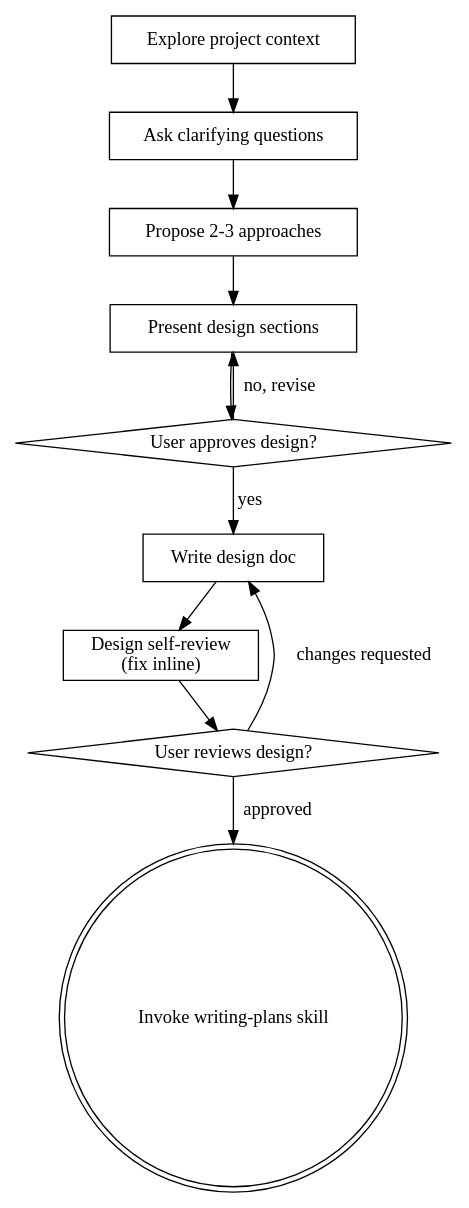
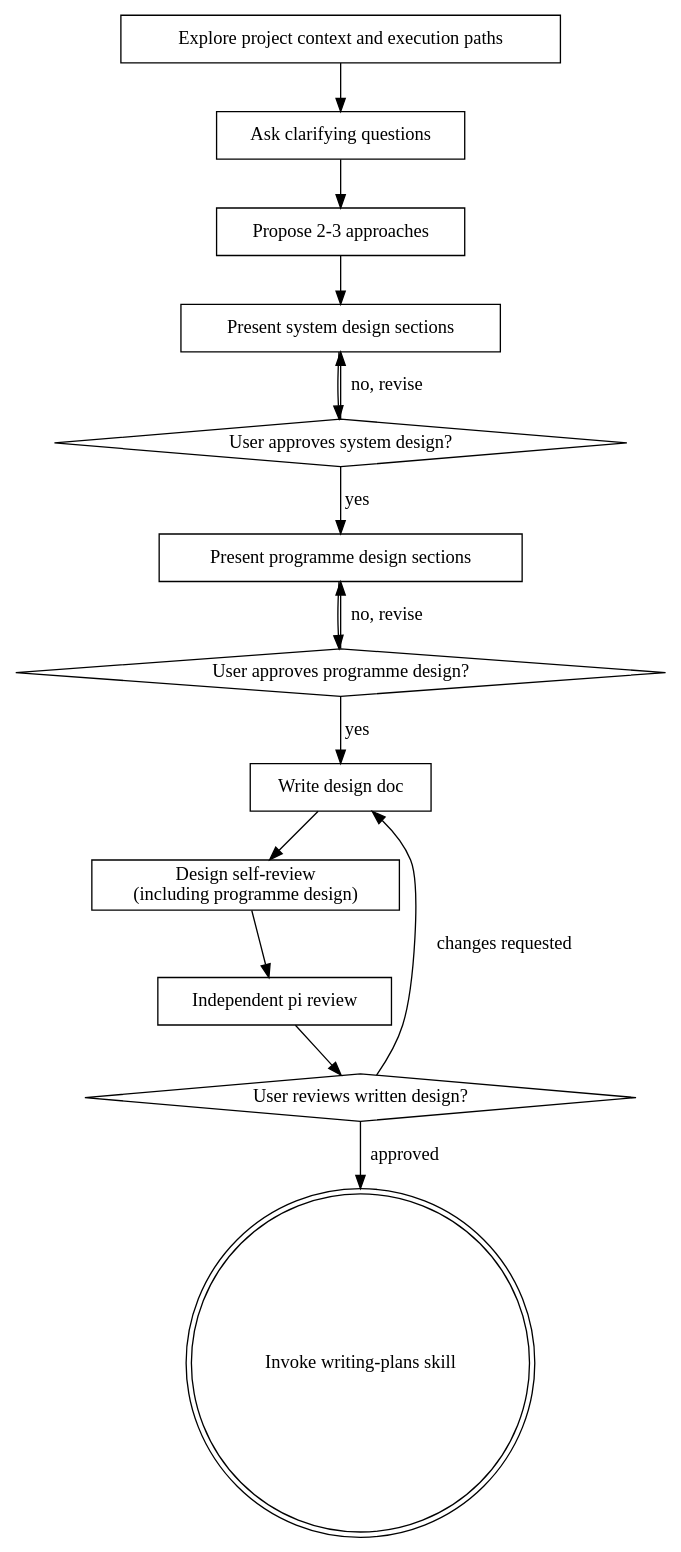
One commit to j10t-dev/1337-skills changed the diagram in skills/brainstorming/SKILL.md. Above: the diagram before and after it, drawn with Graphviz. The commit also changed other lines of this file and 1 other file, not shown here.

Commit message:
feat: require programme design in brainstorming

````diff
--- a/skills/brainstorming/SKILL.md
+++ b/skills/brainstorming/SKILL.md
@@ -39,24 +41,31 @@
 ```dot
 digraph brainstorming {
-    "Explore project context" [shape=box];
+    "Explore project context and execution paths" [shape=box];
     "Ask clarifying questions" [shape=box];
     "Propose 2-3 approaches" [shape=box];
-    "Present design sections" [shape=box];
-    "User approves design?" [shape=diamond];
+    "Present system design sections" [shape=box];
+    "User approves system design?" [shape=diamond];
+    "Present programme design sections" [shape=box];
+    "User approves programme design?" [shape=diamond];
     "Write design doc" [shape=box];
-    "Design self-review\n(fix inline)" [shape=box];
-    "User reviews design?" [shape=diamond];
+    "Design self-review\n(including programme design)" [shape=box];
+    "Independent pi review" [shape=box];
+    "User reviews written design?" [shape=diamond];
     "Invoke writing-plans skill" [shape=doublecircle];
 
-    "Explore project context" -> "Ask clarifying questions";
+    "Explore project context and execution paths" -> "Ask clarifying questions";
     "Ask clarifying questions" -> "Propose 2-3 approaches";
-    "Propose 2-3 approaches" -> "Present design sections";
-    "Present design sections" -> "User approves design?";
-    "User approves design?" -> "Present design sections" [label="no, revise"];
-    "User approves design?" -> "Write design doc" [label="yes"];
-    "Write design doc" -> "Design self-review\n(fix inline)";
-    "Design self-review\n(fix inline)" -> "User reviews design?";
-    "User reviews design?" -> "Write design doc" [label="changes requested"];
-    "User reviews design?" -> "Invoke writing-plans skill" [label="approved"];
+    "Propose 2-3 approaches" -> "Present system design sections";
+    "Present system design sections" -> "User approves system design?";
+    "User approves system design?" -> "Present system design sections" [label="no, revise"];
+    "User approves system design?" -> "Present programme design sections" [label="yes"];
+    "Present programme design sections" -> "User approves programme design?";
+    "User approves programme design?" -> "Present programme design sections" [label="no, revise"];
+    "User approves programme design?" -> "Write design doc" [label="yes"];
+    "Write design doc" -> "Design self-review\n(including programme design)";
+    "Design self-review\n(including programme design)" -> "Independent pi review";
+    "Independent pi review" -> "User reviews written design?";
+    "User reviews written design?" -> "Write design doc" [label="changes requested"];
+    "User reviews written design?" -> "Invoke writing-plans skill" [label="approved"];
 }
 ```
````
